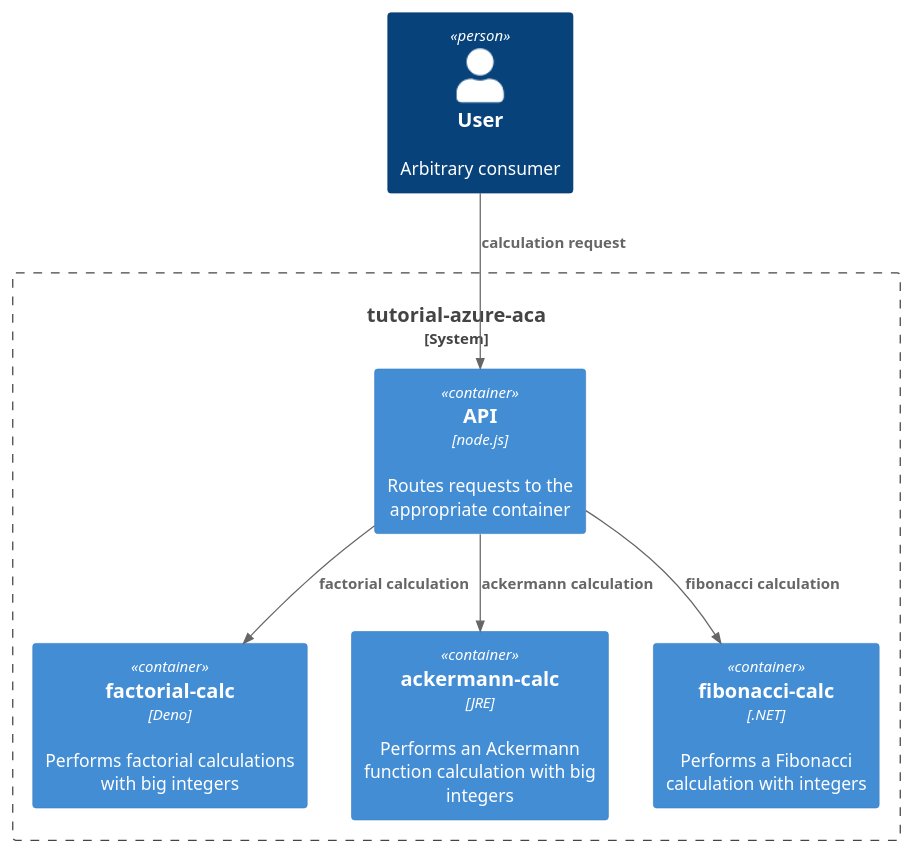
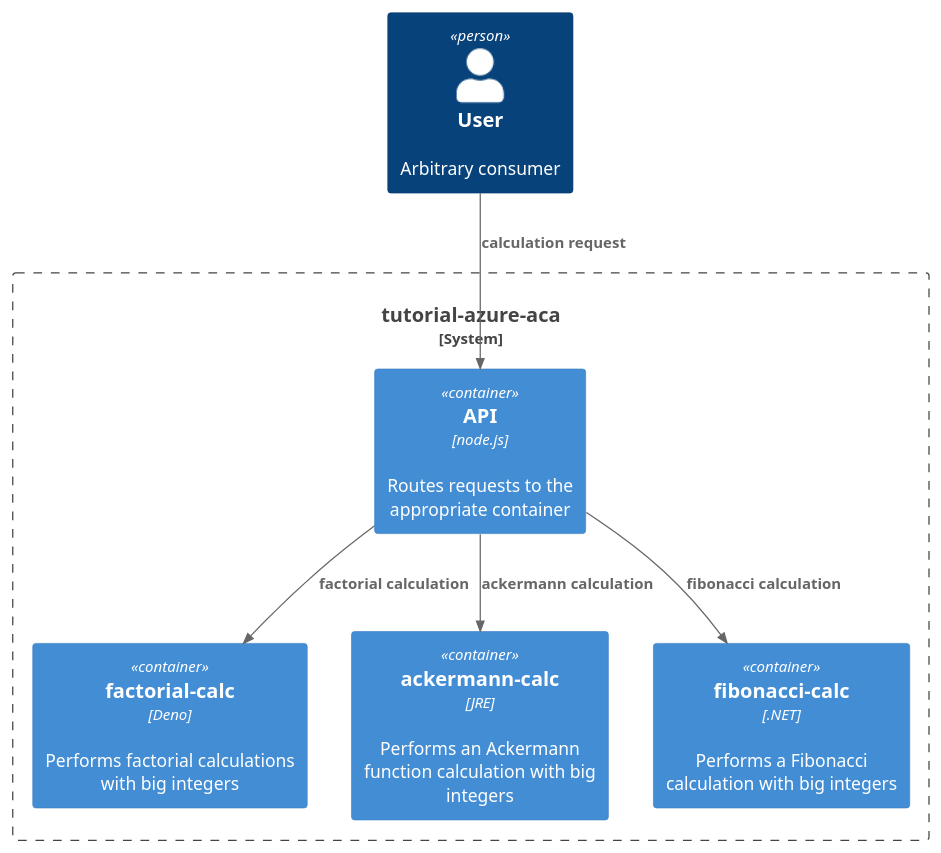
The diagram in docs/system-tutorial-azure-aca.puml (graeme-lockley/tutorial-azure-aca), drawn with PlantUML before and after one commit.

Commit message:
doc: change fibonacci implementation to big integers

```diff
--- a/docs/system-tutorial-azure-aca.puml
+++ b/docs/system-tutorial-azure-aca.puml
@@ -1,20 +1,20 @@
 @startuml
 !include https://raw.githubusercontent.com/plantuml-stdlib/C4-PlantUML/master/C4_Container.puml
 
 Person(personUser, "User", "Arbitrary consumer")
 
 System_Boundary(c1, "tutorial-azure-aca") {
     Container(apiGateway, "API", "node.js", "Routes requests to the appropriate container")
 
     Container(factCalc, "factorial-calc", "Deno", "Performs factorial calculations with big integers")
     Container(ackCalc, "ackermann-calc", "JRE", "Performs an Ackermann function calculation with big integers")
-    Container(fibCalc, "fibonacci-calc", ".NET", "Performs a Fibonacci calculation with integers")
+    Container(fibCalc, "fibonacci-calc", ".NET", "Performs a Fibonacci calculation with big integers")
 }
 
 Rel(personUser, apiGateway, "calculation request")
 
 Rel(apiGateway, factCalc, "factorial calculation")
 Rel(apiGateway, ackCalc, "ackermann calculation")
 Rel(apiGateway, fibCalc, "fibonacci calculation")
 
 @enduml
```
